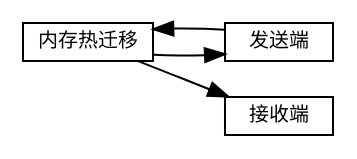
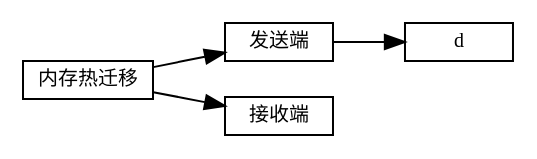
The diagram in 虚拟化/热迁移/1-内存热迁移.md (sisyphus1212/note), drawn with Graphviz before and after one commit.

Commit message:
auto_update

````diff
--- a/虚拟化/热迁移/1-内存热迁移.md
+++ b/虚拟化/热迁移/1-内存热迁移.md
@@ -11,14 +11,15 @@
 ```graphviz
 digraph 热迁移 {
 fontname="Helvetica,Arial,sans-serif"
 //node [fontname="Helvetica,Arial,sans-serif"]
 edge [fontname="Helvetica,Arial,sans-serif"]
 rankdir="LR"
 node [fontsize=10, shape=box, height=0.25]
 edge [fontsize=10]
 内存热迁移 [label="内存热迁移"]
 内存热迁移 -> 发送端
-           ->
+           -> d
+
 内存热迁移 -> 接收端
 }
 ```
````
